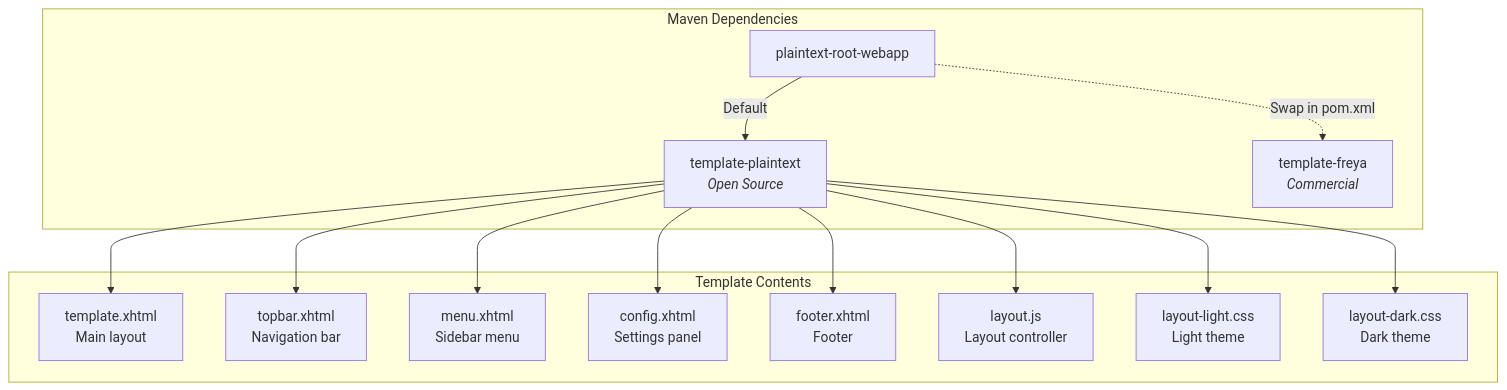
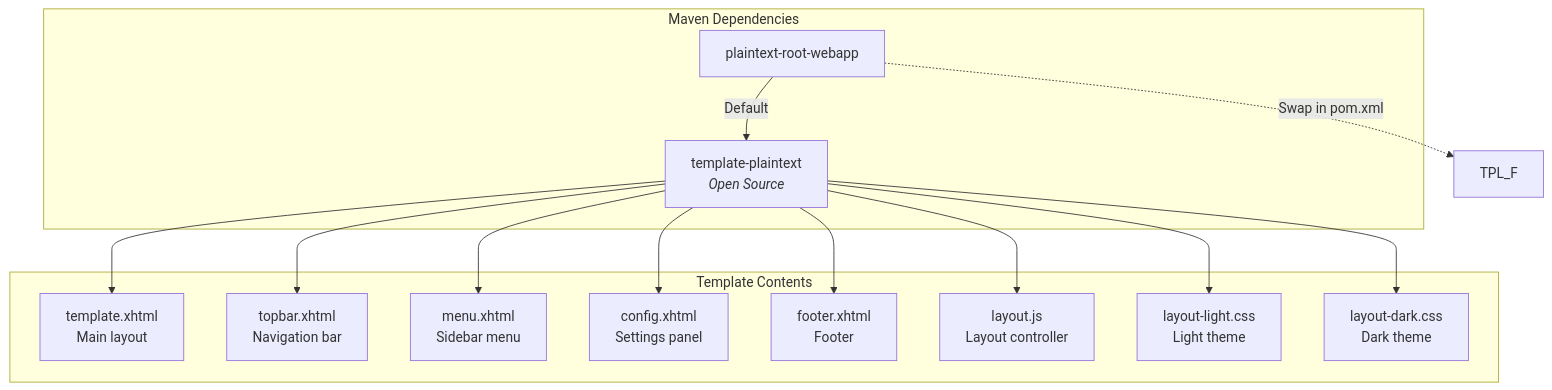
The eighth of 10 diagrams in docs/ARCHITECTURE.md (daniel-marthaler/plaintext-root), drawn with Mermaid before and after one commit. The commit also changed 32 other files, not shown here.

First line of the commit message:
Consolidate templates: remove Freya, rename to plaintext-root-template

````diff
--- a/docs/ARCHITECTURE.md
+++ b/docs/ARCHITECTURE.md
@@ -237,24 +237,23 @@
 ```mermaid
 graph TB
     subgraph "Maven Dependencies"
         APP[plaintext-root-webapp]
         TPL_P[template-plaintext<br/><i>Open Source</i>]
-        TPL_F[template-freya<br/><i>Commercial</i>]
     end
 
     APP -->|Default| TPL_P
     APP -.->|Swap in pom.xml| TPL_F
 
     subgraph "Template Contents"
         T1[template.xhtml<br/>Main layout]
         T2[topbar.xhtml<br/>Navigation bar]
         T3[menu.xhtml<br/>Sidebar menu]
         T4[config.xhtml<br/>Settings panel]
         T5[footer.xhtml<br/>Footer]
         T6[layout.js<br/>Layout controller]
         T7[layout-light.css<br/>Light theme]
         T8[layout-dark.css<br/>Dark theme]
     end
 
     TPL_P --> T1 & T2 & T3 & T4 & T5 & T6 & T7 & T8
 ```
````
